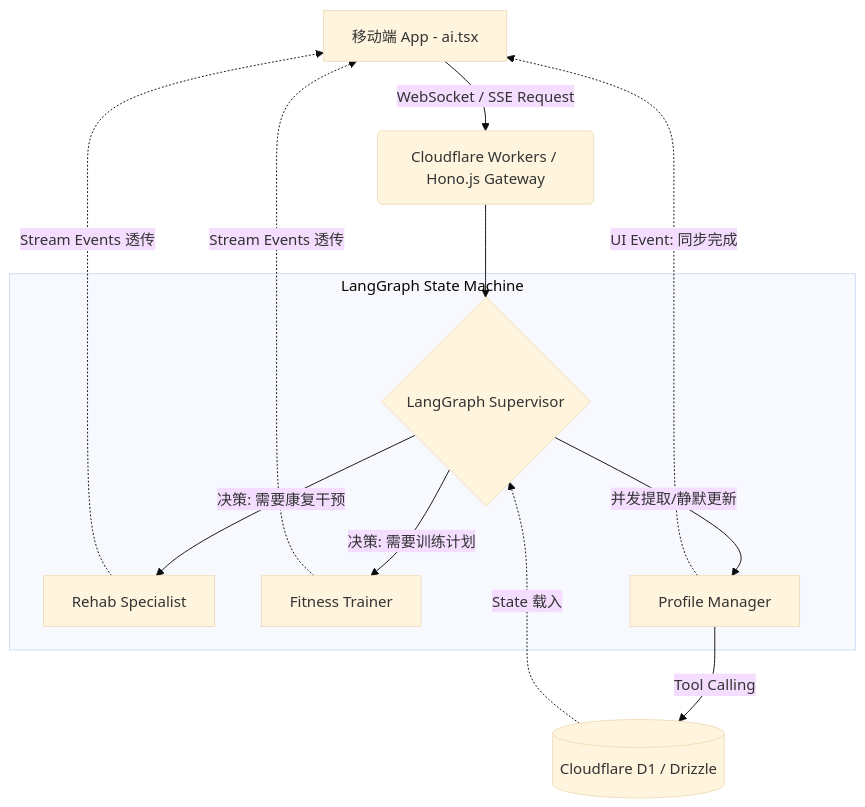
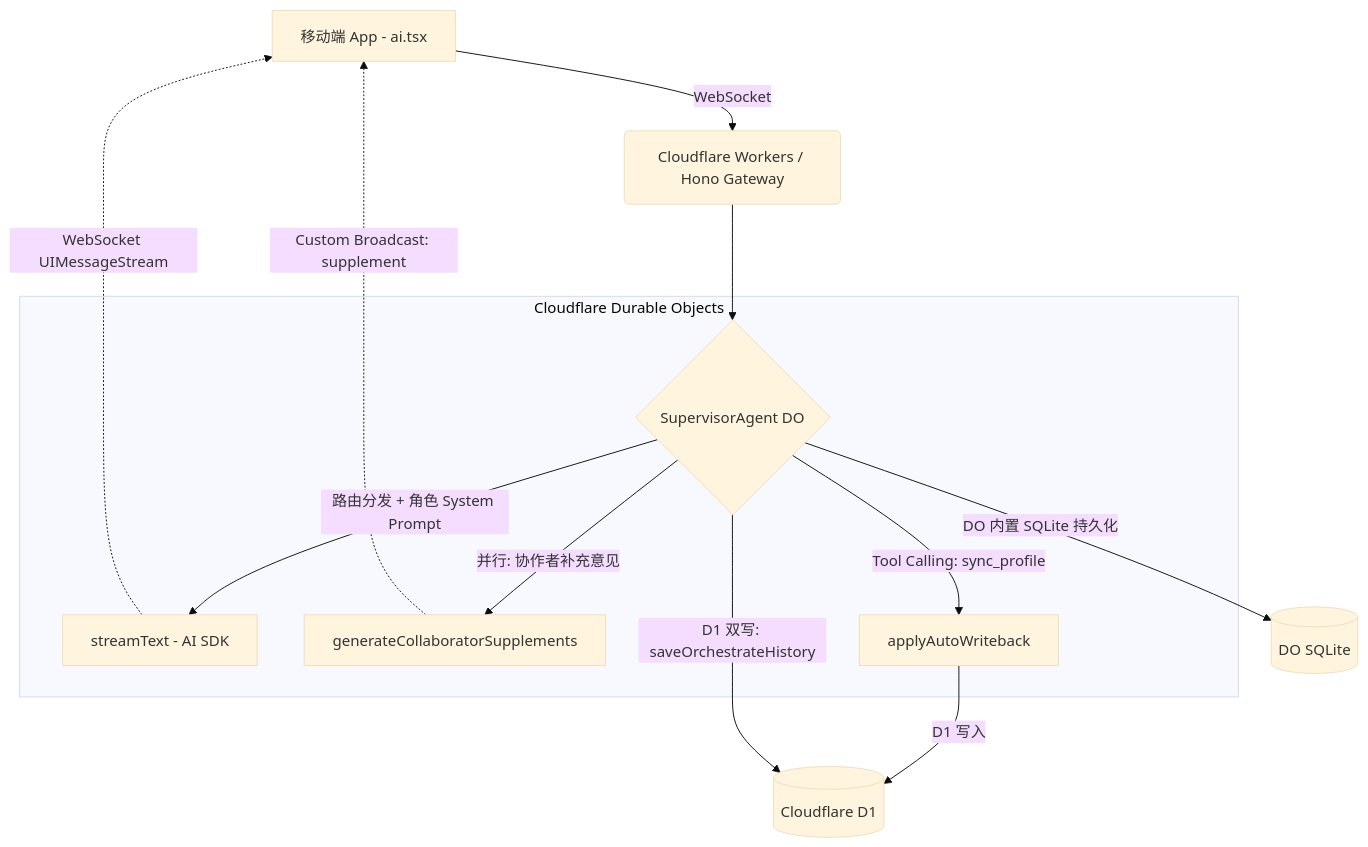
Before and after one commit to EBOLABOY/CommitFit: the diagram in mobile/LangGraph_MultiAgent_Architecture_Plan.md, drawn with Mermaid (base theme). The commit also changed other lines of this file and 23 other files, not shown here.

Commit message:
feat: finalize websocket ai chat migration and harden agent flow

````diff
--- a/mobile/LangGraph_MultiAgent_Architecture_Plan.md
+++ b/mobile/LangGraph_MultiAgent_Architecture_Plan.md
@@ -11,18 +14,17 @@
 ```mermaid
 graph TD
-    A[移动端 App - ai.tsx] -->|WebSocket / SSE Request| B(Cloudflare Workers / Hono.js Gateway)
-    B --> C{LangGraph Supervisor}
-    
-    subgraph LangGraph State Machine
-        C -->|决策: 需要康复干预| D[Rehab Specialist]
-        C -->|决策: 需要训练计划| E[Fitness Trainer]
-        C -->|并发提取/静默更新| F[Profile Manager]
+    A[移动端 App - ai.tsx] -->|WebSocket| B(Cloudflare Workers / Hono Gateway)
+    B --> C{SupervisorAgent DO}
+
+    subgraph Cloudflare Durable Objects
+        C -->|路由分发 + 角色 System Prompt| D[streamText - AI SDK]
+        C -->|并行: 协作者补充意见| E[generateCollaboratorSupplements]
+        C -->|Tool Calling: sync_profile| F[applyAutoWriteback]
     end
-    
-    D -.->|Stream Events 透传| A
-    E -.->|Stream Events 透传| A
-    F -->|Tool Calling| G[(Cloudflare D1 / Drizzle)]
-    F -.->|UI Event: 同步完成| A
-    
-    G -.->|State 载入| C
+
+    D -.->|WebSocket UIMessageStream| A
+    E -.->|Custom Broadcast: supplement| A
+    F -->|D1 写入| H[(Cloudflare D1)]
+    C -->|D1 双写: saveOrchestrateHistory| H
+    C -->|DO 内置 SQLite 持久化| I[(DO SQLite)]
 ```
````
